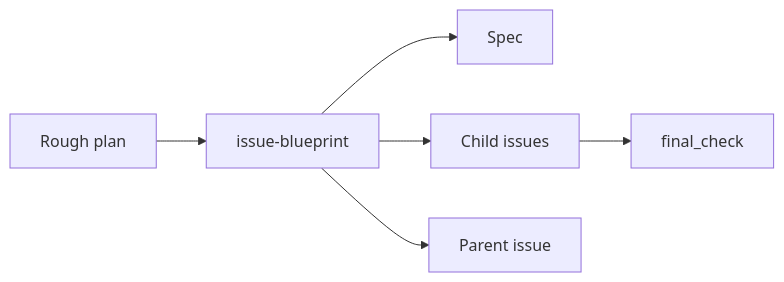
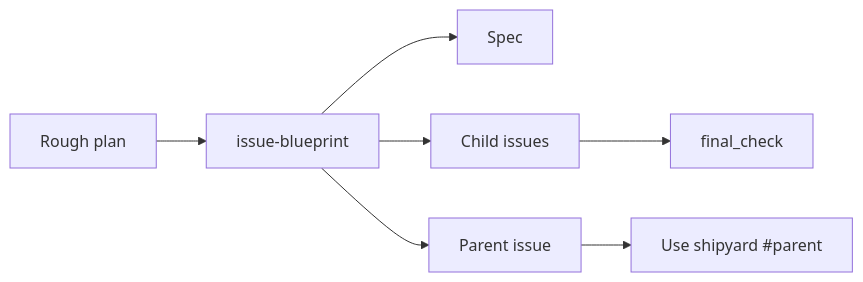
The third of 5 diagrams in README.md (HenryQW/skills), drawn with Mermaid before and after one commit. The commit also changed other lines of this file, not shown here.

Commit message:
docs(readme): align workflow diagrams with skills

````diff
--- a/README.md
+++ b/README.md
@@ -70,8 +79,9 @@
 ```mermaid
 flowchart LR
   plan["Rough plan"] --> blueprint["issue-blueprint"]
   blueprint --> spec["Spec"]
   blueprint --> children["Child issues"]
   blueprint --> parent["Parent issue"]
   children --> final["final_check"]
+  parent --> command["Use shipyard #parent"]
 ```
````
